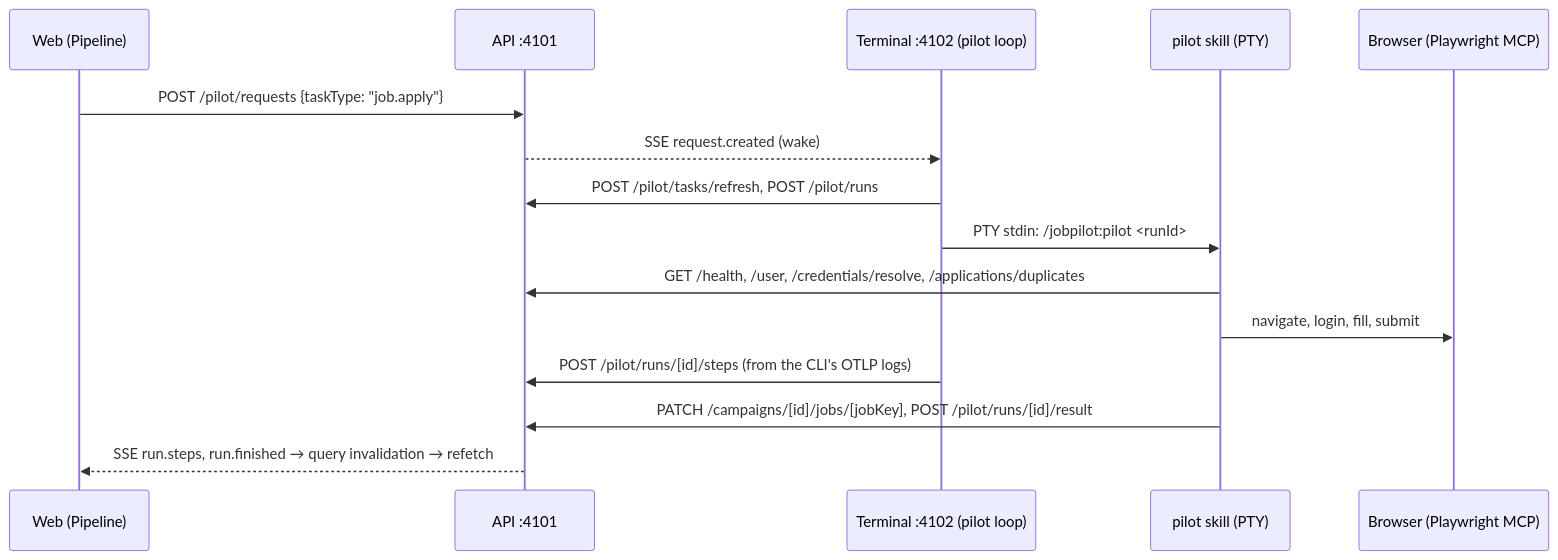
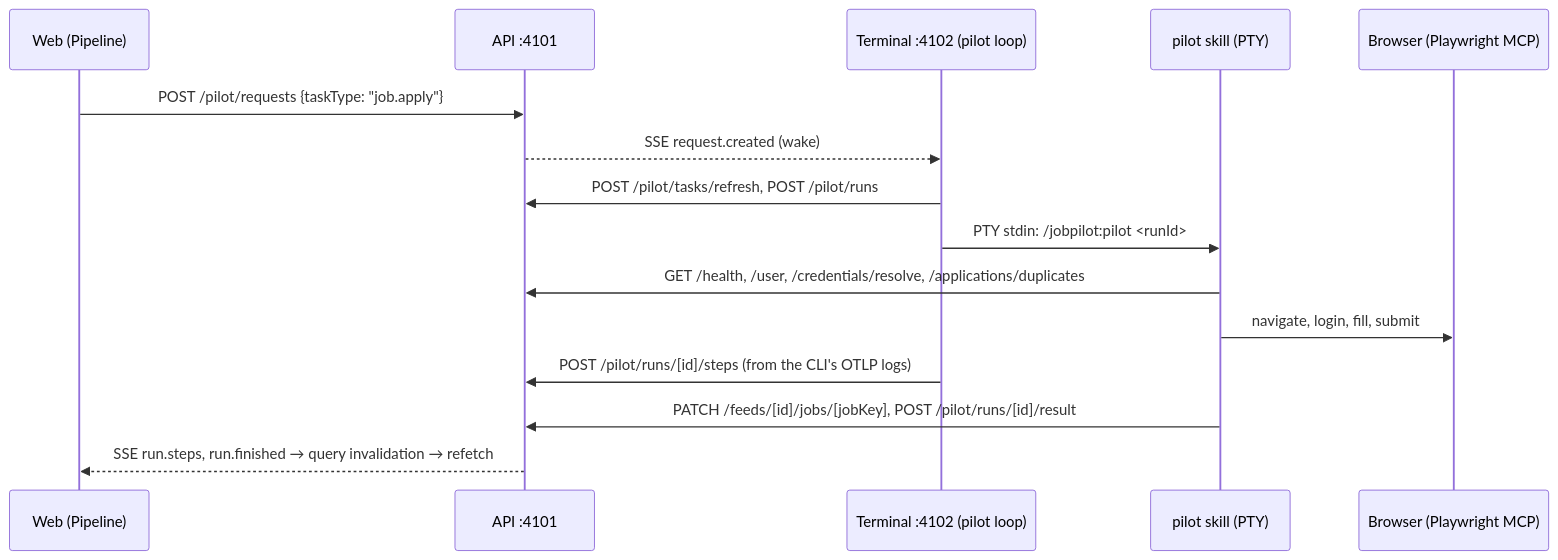
One commit to suxrobGM/jobpilot changed the second of 2 diagrams in docs/development.md. Above: the diagram before and after it, drawn with Mermaid. The commit also changed other lines of this file and 243 other files, not shown here.

First line of the commit message:
feat!: replace pilot searches and campaigns with feeds

````diff
--- a/docs/development.md
+++ b/docs/development.md
@@ -213,18 +213,18 @@
 ```mermaid
 sequenceDiagram
     participant W as Web (Pipeline)
     participant API as API :4101
     participant T as Terminal :4102 (pilot loop)
     participant S as pilot skill (PTY)
     participant B as Browser (Playwright MCP)
 
     W->>API: POST /pilot/requests {taskType: "job.apply"}
     API-->>T: SSE request.created (wake)
     T->>API: POST /pilot/tasks/refresh, POST /pilot/runs
     T->>S: PTY stdin: /jobpilot:pilot <runId>
     S->>API: GET /health, /user, /credentials/resolve, /applications/duplicates
     S->>B: navigate, login, fill, submit
     T->>API: POST /pilot/runs/[id]/steps (from the CLI's OTLP logs)
-    S->>API: PATCH /campaigns/[id]/jobs/[jobKey], POST /pilot/runs/[id]/result
+    S->>API: PATCH /feeds/[id]/jobs/[jobKey], POST /pilot/runs/[id]/result
     API-->>W: SSE run.steps, run.finished → query invalidation → refetch
 ```
````
